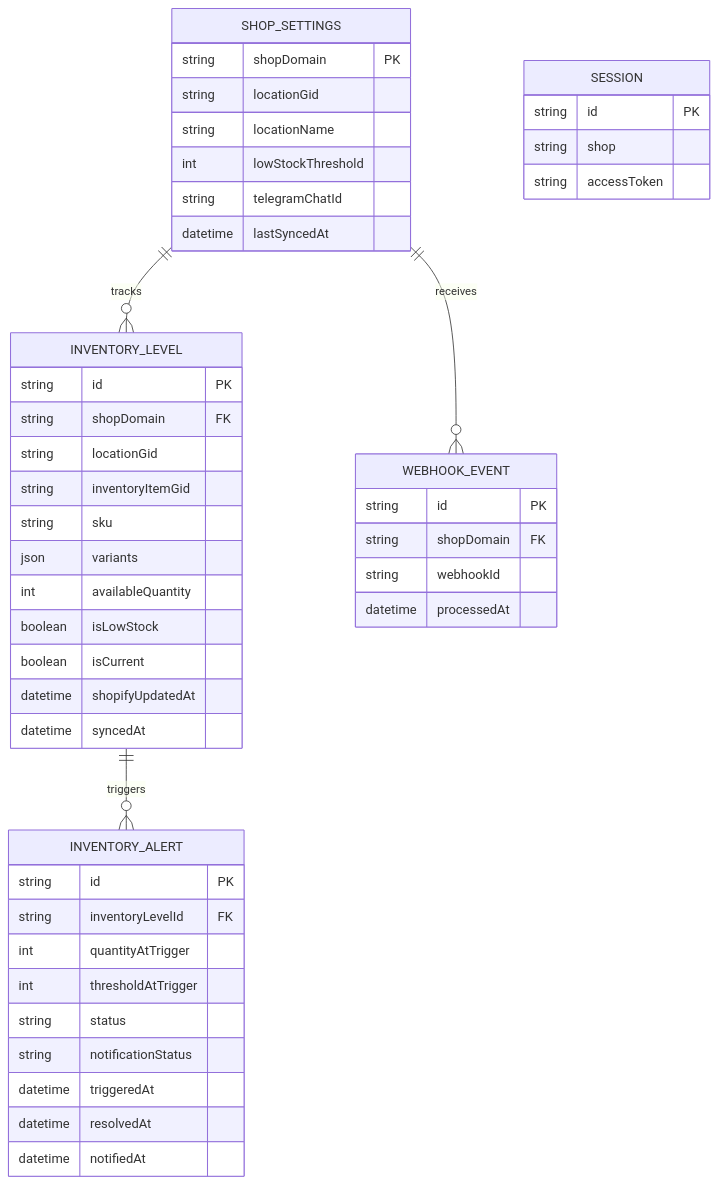
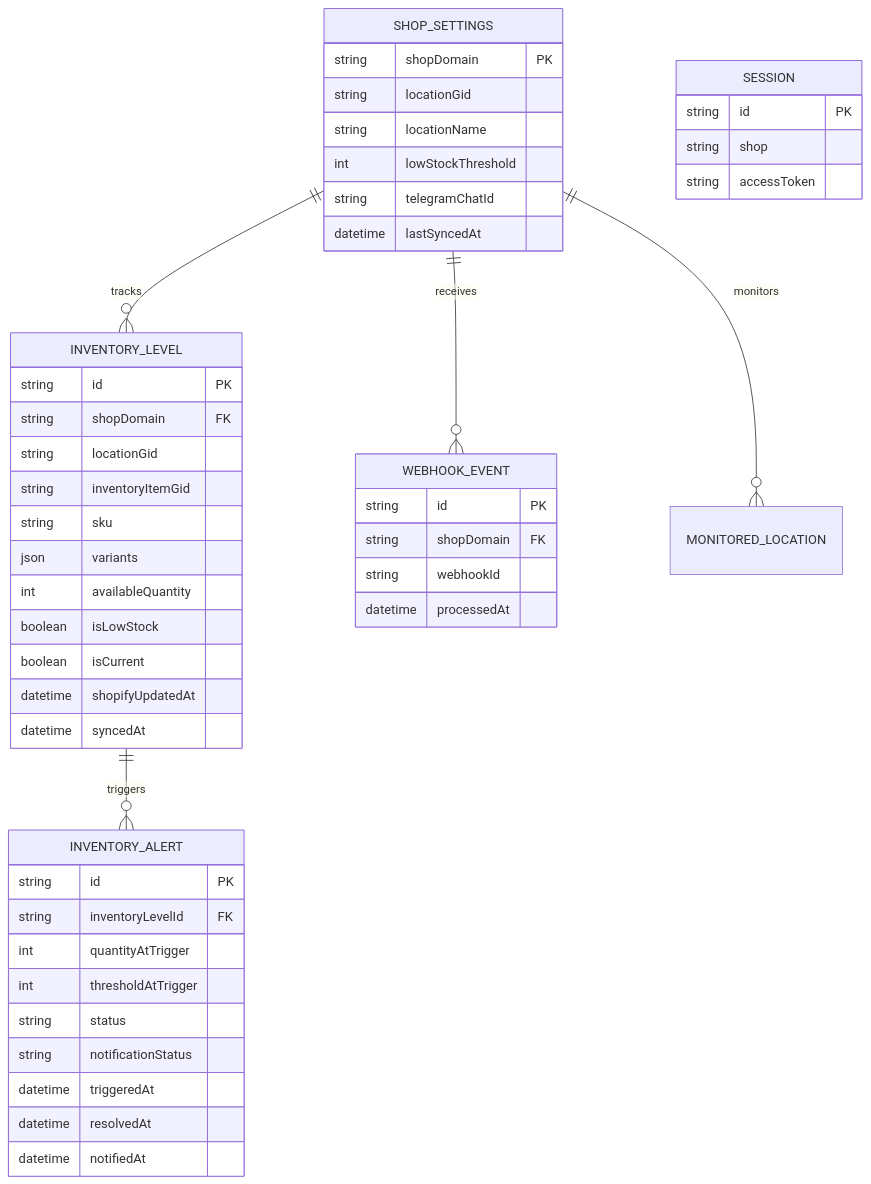
Before and after one commit to NgnTienDat/stock-notifier: the diagram in docs/DATABASE.md, drawn with Mermaid. The commit also changed other lines of this file and 9 other files, not shown here.

````diff
--- a/docs/DATABASE.md
+++ b/docs/DATABASE.md
@@ -7,50 +7,51 @@
 ```mermaid
 erDiagram
     SHOP_SETTINGS ||--o{ INVENTORY_LEVEL : tracks
     SHOP_SETTINGS ||--o{ WEBHOOK_EVENT : receives
+    SHOP_SETTINGS ||--o{ MONITORED_LOCATION : monitors
     INVENTORY_LEVEL ||--o{ INVENTORY_ALERT : triggers
 
     SHOP_SETTINGS {
         string shopDomain PK
         string locationGid
         string locationName
         int lowStockThreshold
         string telegramChatId
         datetime lastSyncedAt
     }
     INVENTORY_LEVEL {
         string id PK
         string shopDomain FK
         string locationGid
         string inventoryItemGid
         string sku
         json variants
         int availableQuantity
         boolean isLowStock
         boolean isCurrent
         datetime shopifyUpdatedAt
         datetime syncedAt
     }
     INVENTORY_ALERT {
         string id PK
         string inventoryLevelId FK
         int quantityAtTrigger
         int thresholdAtTrigger
         string status
         string notificationStatus
         datetime triggeredAt
         datetime resolvedAt
         datetime notifiedAt
     }
     WEBHOOK_EVENT {
         string id PK
         string shopDomain FK
         string webhookId
         datetime processedAt
     }
     SESSION {
         string id PK
         string shop
         string accessToken
     }
 ```
````
